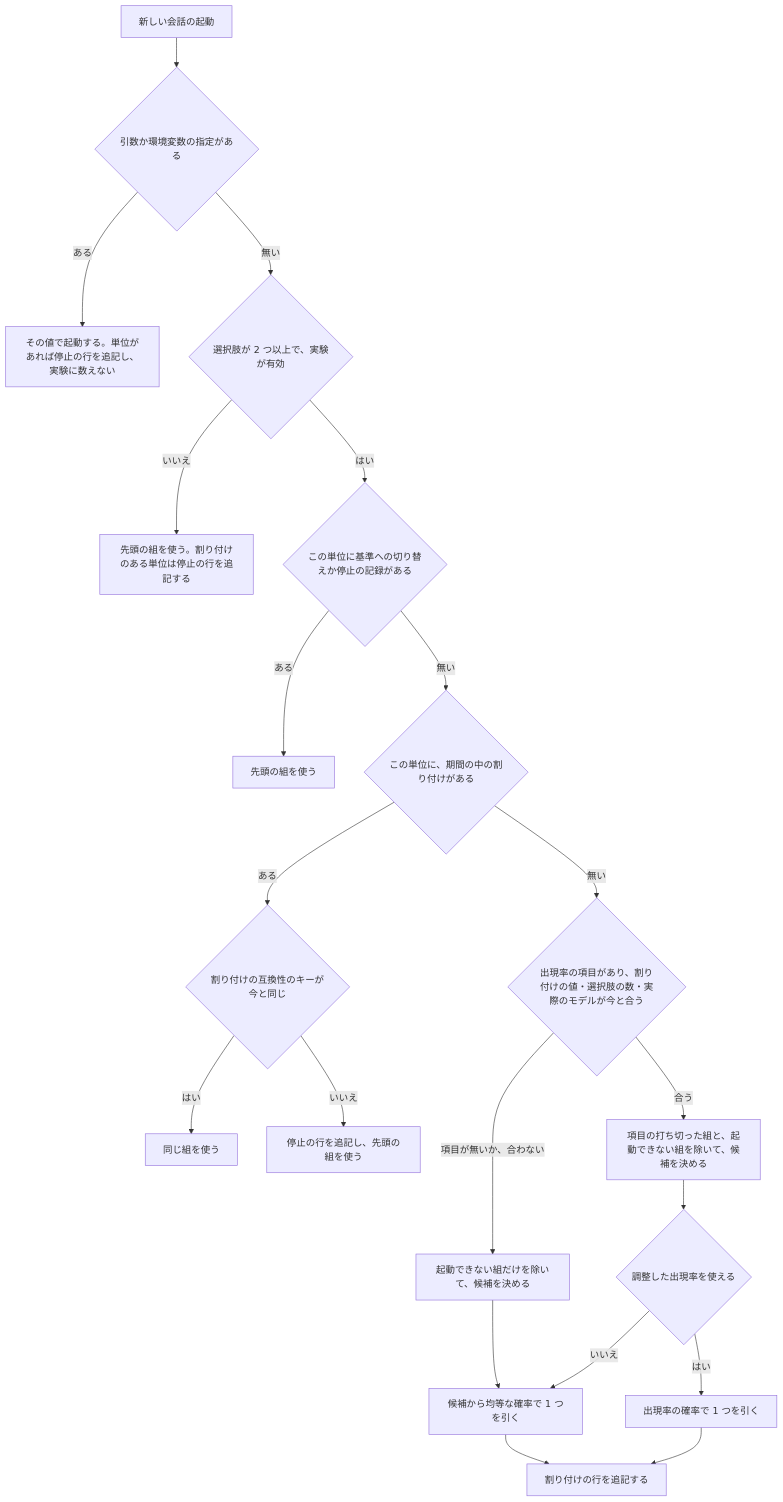
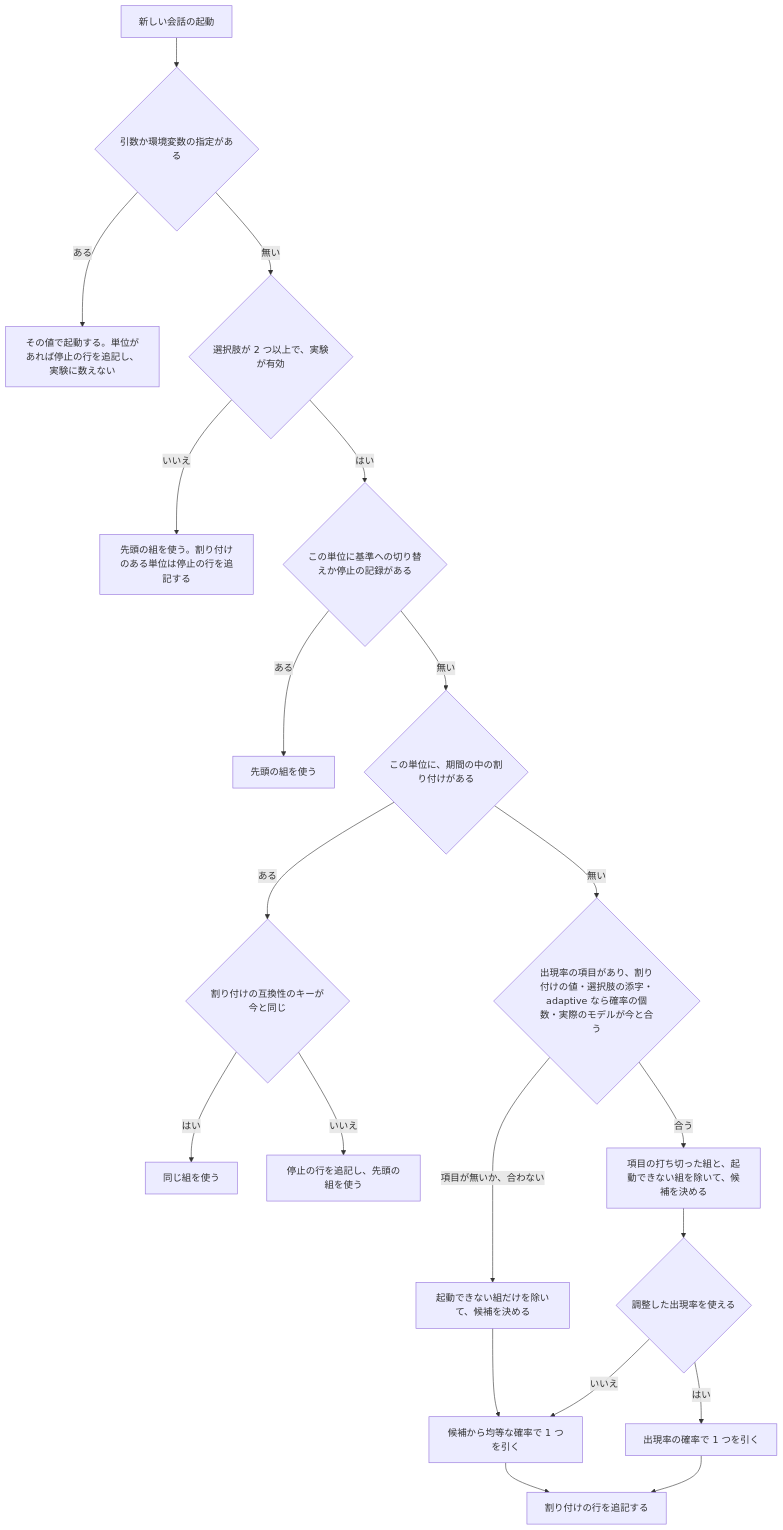
One commit to devbasex/ai-plugins changed the diagram in issues/issue-2944-design-allocation.md. Above: the diagram before and after it, drawn with Mermaid. The commit also changed other lines of this file, not shown here.

First line of the commit message:
docs(#2944): レビュー r3 の指摘で確率の個数の検査を adaptive の項目に限る

````diff
--- a/issues/issue-2944-design-allocation.md
+++ b/issues/issue-2944-design-allocation.md
@@ -158,21 +158,21 @@
 ```mermaid
 graph TD
     A[新しい会話の起動] --> B{引数か環境変数の指定がある}
     B -- ある --> Z[その値で起動する。単位があれば停止の行を追記し、実験に数えない]
     B -- 無い --> E{選択肢が 2 つ以上で、実験が有効}
     E -- いいえ --> F[先頭の組を使う。割り付けのある単位は停止の行を追記する]
     E -- はい --> W{この単位に基準への切り替えか停止の記録がある}
     W -- ある --> F2[先頭の組を使う]
     W -- 無い --> C{この単位に、期間の中の割り付けがある}
     C -- ある --> M{割り付けの互換性のキーが今と同じ}
     M -- はい --> D[同じ組を使う]
     M -- いいえ --> F3[停止の行を追記し、先頭の組を使う]
-    C -- 無い --> L{出現率の項目があり、割り付けの値・選択肢の数・実際のモデルが今と合う}
+    C -- 無い --> L{出現率の項目があり、割り付けの値・選択肢の添字・adaptive なら確率の個数・実際のモデルが今と合う}
     L -- 合う --> K[項目の打ち切った組と、起動できない組を除いて、候補を決める]
     L -- 項目が無いか、合わない --> K2[起動できない組だけを除いて、候補を決める]
     K --> G{調整した出現率を使える}
     K2 --> V
     G -- いいえ --> V[候補から均等な確率で 1 つを引く]
     G -- はい --> I[出現率の確率で 1 つを引く]
     V & I --> J[割り付けの行を追記する]
 ```
````
